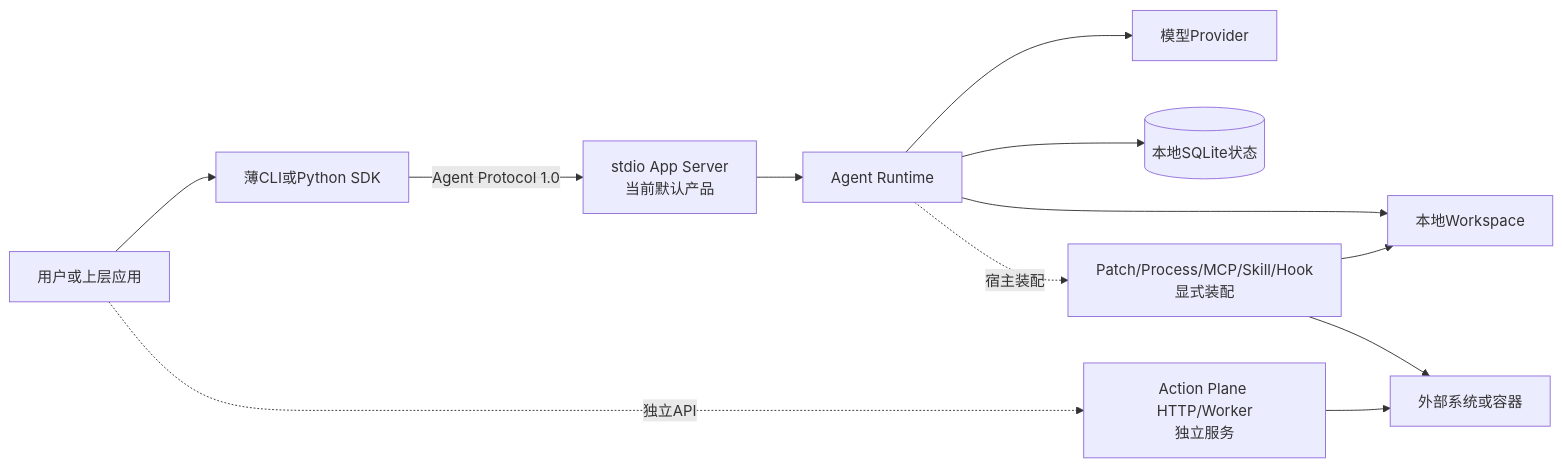
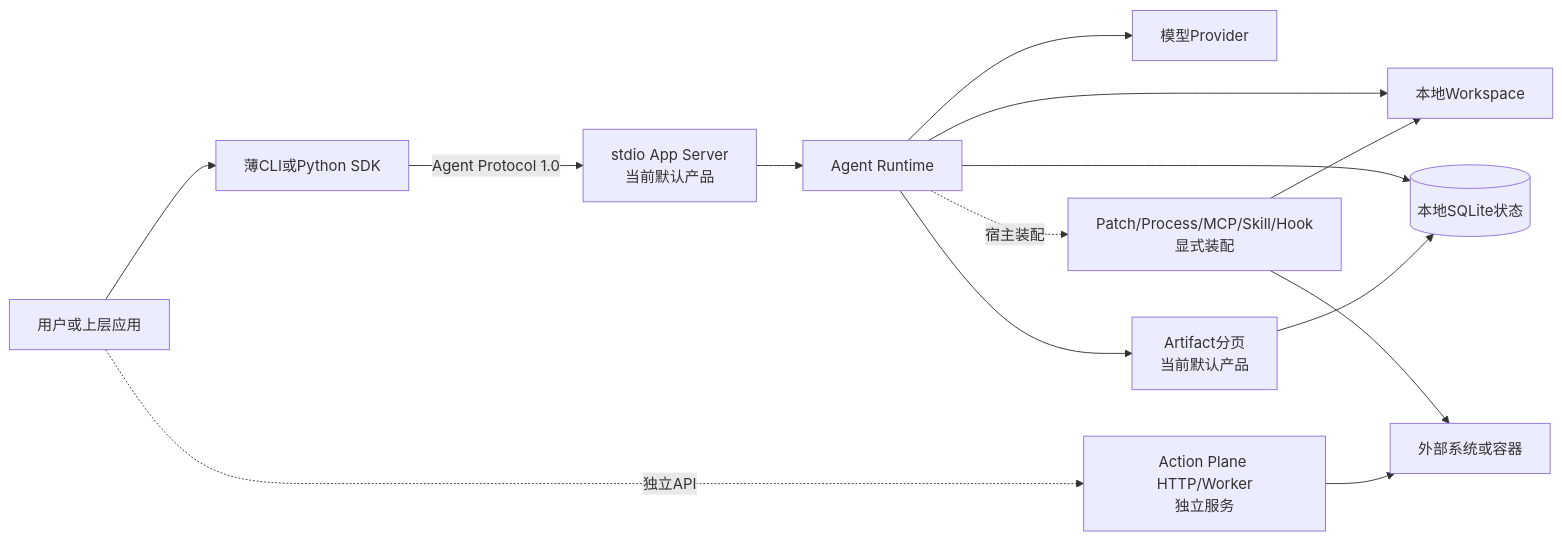
Before and after one commit to carrie1988/Harnessix: the first of 13 diagrams in docs/architecture.md, drawn with Mermaid. The commit also changed other lines of this file and 27 other files, not shown here.

````diff
--- a/docs/architecture.md
+++ b/docs/architecture.md
@@ -144,25 +148,27 @@
 ```mermaid
 flowchart LR
     User[用户或上层应用]
     Client[薄CLI或Python SDK]
     Product[stdio App Server<br/>当前默认产品]
     Agent[Agent Runtime]
     Provider[模型Provider]
     Workspace[本地Workspace]
     State[(本地SQLite状态)]
+    Artifact[Artifact分页<br/>当前默认产品]
     Extensions[Patch/Process/MCP/Skill/Hook<br/>显式装配]
     Plane[Action Plane HTTP/Worker<br/>独立服务]
     External[外部系统或容器]
 
     User --> Client
     Client -->|Agent Protocol 1.0| Product
     Product --> Agent
     Agent --> Provider
     Agent --> Workspace
     Agent --> State
+    Agent --> Artifact --> State
     Agent -.宿主装配.-> Extensions
     Extensions --> Workspace
     Extensions --> External
     User -.独立API.-> Plane
     Plane --> External
 ```
````
